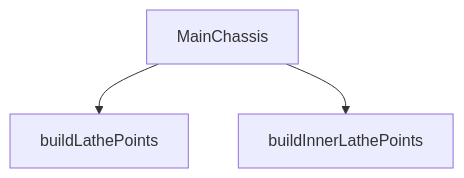
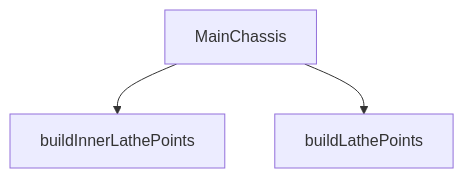
One commit to peckop/venthub-hvac-esite changed the diagram in src/components/products/3d/factory/parts/MainChassis.md. Above: the diagram before and after it, drawn with Mermaid. The commit also changed other lines of this file and 73 other files, not shown here.

````diff
--- a/src/components/products/3d/factory/parts/MainChassis.md
+++ b/src/components/products/3d/factory/parts/MainChassis.md
@@ -141,8 +169,8 @@
 ```mermaid
 graph TD
     MainChassis_tsx__MainChassis["MainChassis"]
     MainChassis_tsx__buildInnerLathePoints["buildInnerLathePoints"]
     MainChassis_tsx__buildLathePoints["buildLathePoints"]
+    MainChassis_tsx__MainChassis --> MainChassis_tsx__buildInnerLathePoints
     MainChassis_tsx__MainChassis --> MainChassis_tsx__buildLathePoints
-    MainChassis_tsx__MainChassis --> MainChassis_tsx__buildInnerLathePoints
 ```
````
